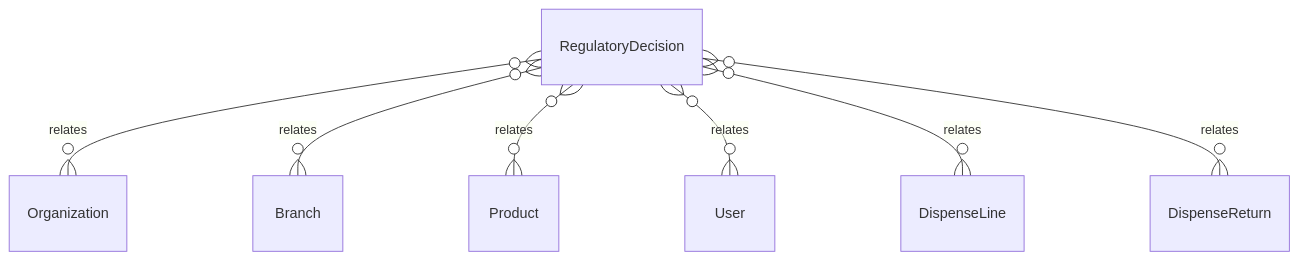
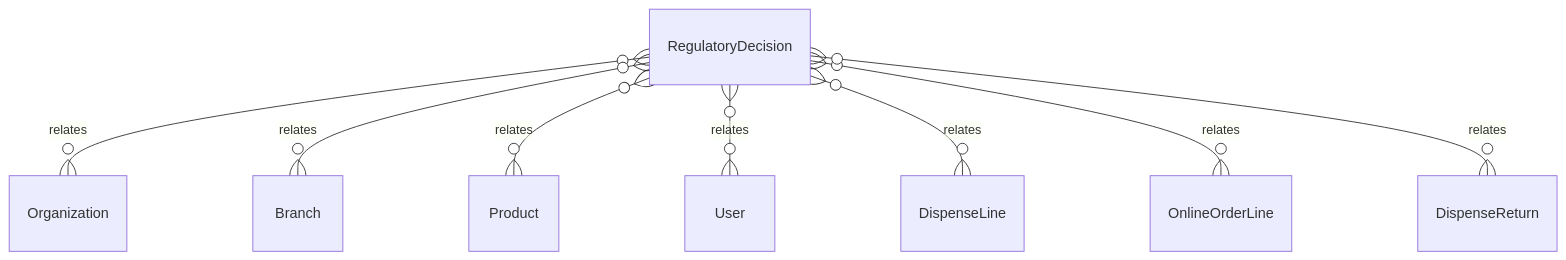
The diagram in .kb/Database/RegulatoryDecision.md (tejasnirala/rcln), drawn with Mermaid before and after one commit. The commit also changed other lines of this file and 157 other files, not shown here.

````diff
--- a/.kb/Database/RegulatoryDecision.md
+++ b/.kb/Database/RegulatoryDecision.md
@@ -58,9 +59,10 @@
 ```mermaid
 erDiagram
     RegulatoryDecision }o--o{ Organization : relates
     RegulatoryDecision }o--o{ Branch : relates
     RegulatoryDecision }o--o{ Product : relates
     RegulatoryDecision }o--o{ User : relates
     RegulatoryDecision }o--o{ DispenseLine : relates
+    RegulatoryDecision }o--o{ OnlineOrderLine : relates
     RegulatoryDecision }o--o{ DispenseReturn : relates
 ```
````
